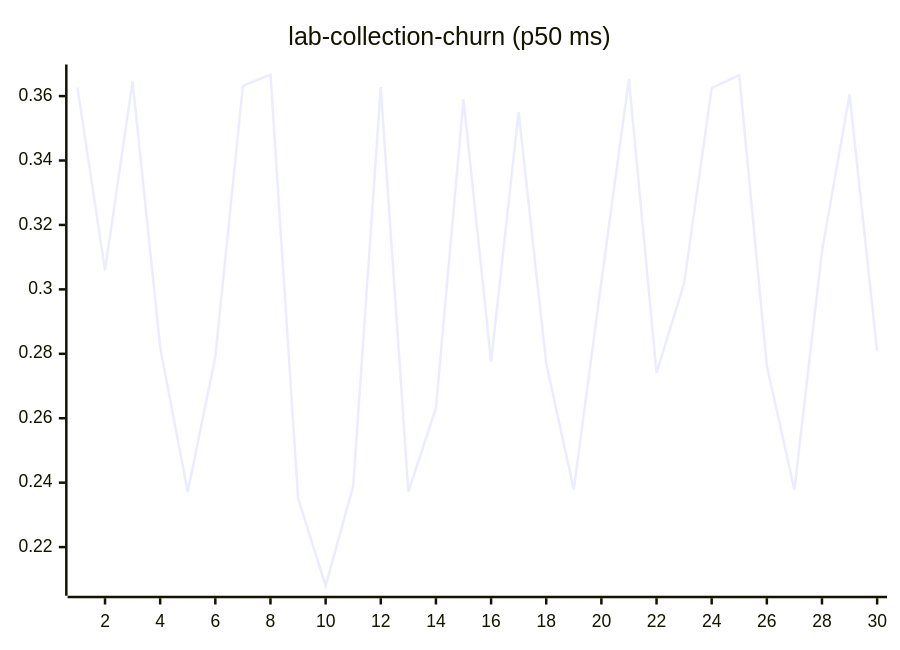
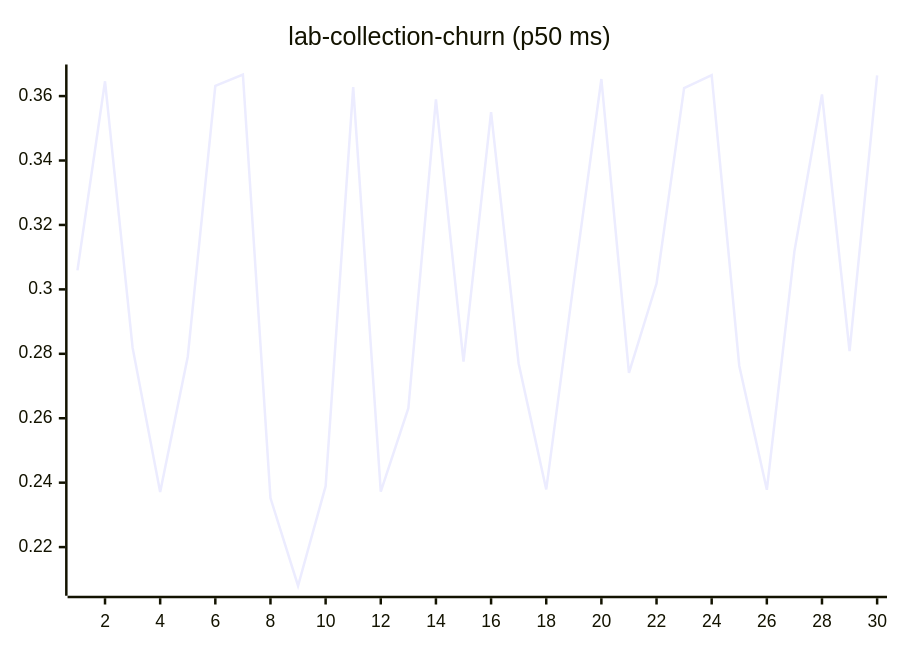
One commit to josha/Facet changed diagram 11 of 27 in README.md. Above: the diagram before and after it, drawn with Mermaid. The commit also changed other lines of this file and 2 other files, not shown here.

````diff
--- a/README.md
+++ b/README.md
@@ -133,6 +133,6 @@
 ```mermaid
 xychart-beta
     title "lab-collection-churn (p50 ms)"
     x-axis 1 --> 30
-    line [0.3627, 0.3059, 0.3646, 0.2819, 0.2371, 0.2791, 0.3632, 0.3667, 0.2352, 0.2080, 0.2389, 0.3628, 0.2372, 0.2631, 0.3590, 0.2776, 0.3550, 0.2770, 0.2379, 0.3024, 0.3653, 0.2741, 0.3018, 0.3625, 0.3665, 0.2763, 0.2378, 0.3118, 0.3605, 0.2808]
+    line [0.3059, 0.3646, 0.2819, 0.2371, 0.2791, 0.3632, 0.3667, 0.2352, 0.2080, 0.2389, 0.3628, 0.2372, 0.2631, 0.3590, 0.2776, 0.3550, 0.2770, 0.2379, 0.3024, 0.3653, 0.2741, 0.3018, 0.3625, 0.3665, 0.2763, 0.2378, 0.3118, 0.3605, 0.2808, 0.3664]
 ```
````
